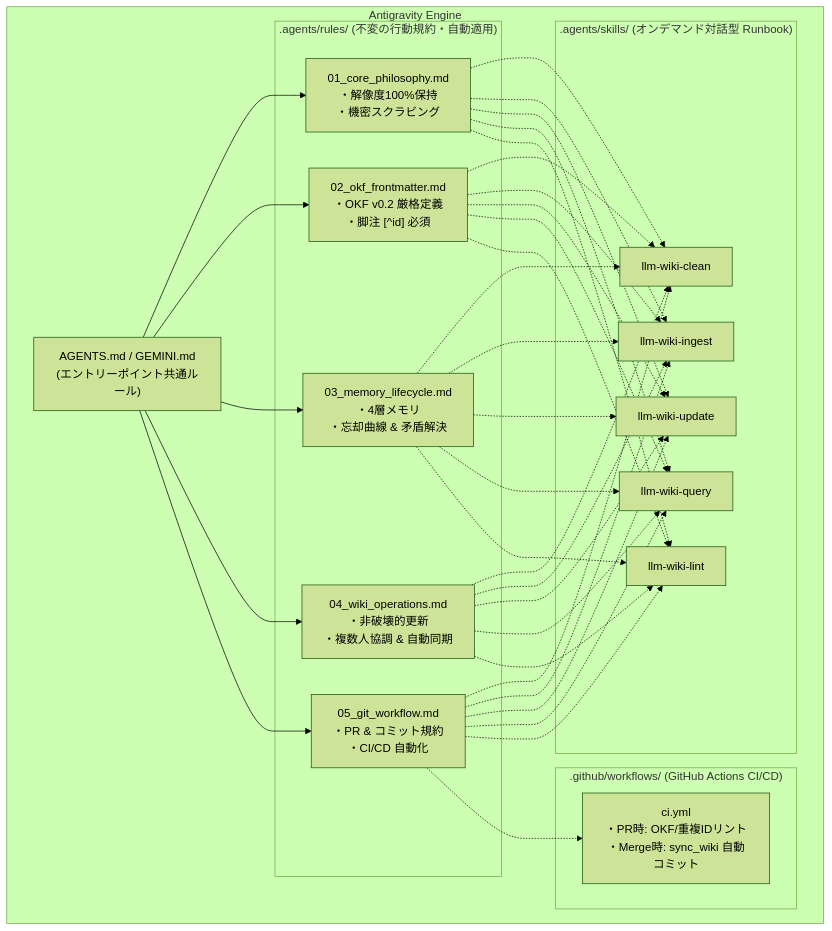
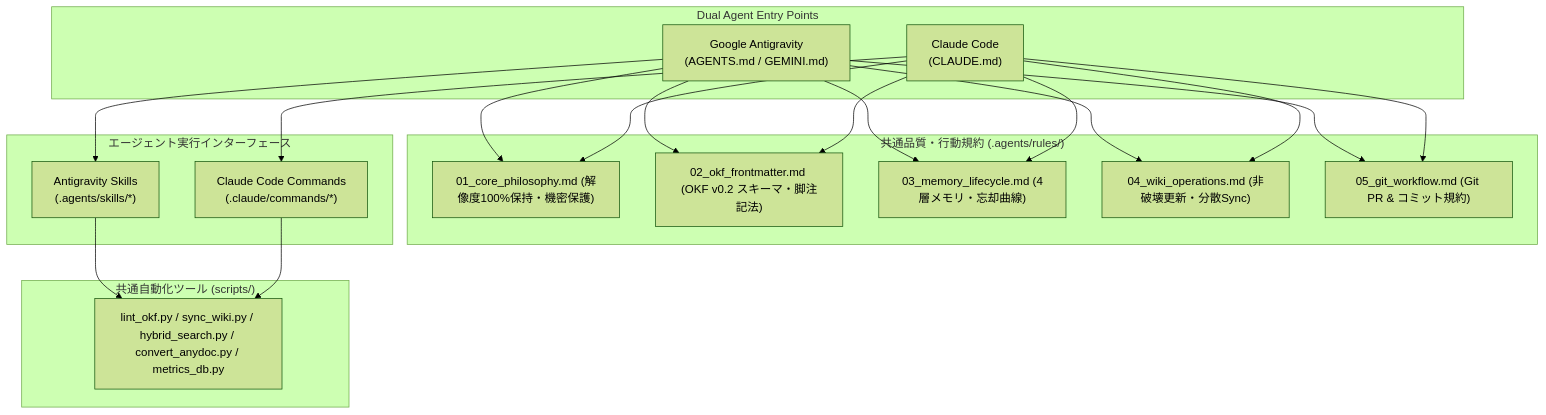
The third of 4 diagrams in README.md (slee-pasonatquila/llmwiki), drawn with Mermaid (forest theme) before and after one commit. The commit also changed other lines of this file and 9 other files, not shown here.

First line of the commit message:
docs: update documentation to support Claude Code and Antigravity dual agents

````diff
--- a/README.md
+++ b/README.md
@@ -239,30 +250,29 @@
 ```mermaid
 flowchart TD
-    subgraph Antigravity Engine
-        AG["AGENTS.md / GEMINI.md<br/>(エントリーポイント共通ルール)"]
-        
-        subgraph ".agents/rules/ (不変の行動規約・自動適用)"
-            R1["01_core_philosophy.md<br/>・解像度100%保持<br/>・機密スクラビング"]
-            R2["02_okf_frontmatter.md<br/>・OKF v0.2 厳格定義<br/>・脚注 [^id] 必須"]
-            R3["03_memory_lifecycle.md<br/>・4層メモリ<br/>・忘却曲線 & 矛盾解決"]
-            R4["04_wiki_operations.md<br/>・非破壊的更新<br/>・複数人協調 & 自動同期"]
-            R5["05_git_workflow.md<br/>・PR & コミット規約<br/>・CI/CD 自動化"]
-        end
-        
-        subgraph ".agents/skills/ (オンデマンド対話型 Runbook)"
-            S1["llm-wiki-clean"]
-            S2["llm-wiki-ingest"]
-            S3["llm-wiki-update"]
-            S4["llm-wiki-query"]
-            S5["llm-wiki-lint"]
-        end
+    subgraph "Dual Agent Entry Points"
+        AG["Google Antigravity<br/>(AGENTS.md / GEMINI.md)"]
+        CC["Claude Code<br/>(CLAUDE.md)"]
+    end
 
-        subgraph ".github/workflows/ (GitHub Actions CI/CD)"
-            CI["ci.yml<br/>・PR時: OKF/重複IDリント<br/>・Merge時: sync_wiki 自動コミット"]
-        end
+    subgraph "共通品質・行動規約 (.agents/rules/)"
+        R1["01_core_philosophy.md (解像度100%保持・機密保護)"]
+        R2["02_okf_frontmatter.md (OKF v0.2 スキーマ・脚注記法)"]
+        R3["03_memory_lifecycle.md (4層メモリ・忘却曲線)"]
+        R4["04_wiki_operations.md (非破壊更新・分散Sync)"]
+        R5["05_git_workflow.md (Git PR & コミット規約)"]
+    end
 
-        AG --> R1 & R2 & R3 & R4 & R5
-        R1 & R2 & R3 & R4 & R5 -.-> S1 & S2 & S3 & S4 & S5
-        R5 -.-> CI
+    subgraph "エージェント実行インターフェース"
+        S_AG["Antigravity Skills<br/>(.agents/skills/*)"]
+        S_CC["Claude Code Commands<br/>(.claude/commands/*)"]
     end
+
+    subgraph "共通自動化ツール (scripts/)"
+        Tools["lint_okf.py / sync_wiki.py / hybrid_search.py / convert_anydoc.py / metrics_db.py"]
+    end
+
+    AG --> R1 & R2 & R3 & R4 & R5
+    CC --> R1 & R2 & R3 & R4 & R5
+    AG --> S_AG --> Tools
+    CC --> S_CC --> Tools
 ```
````
